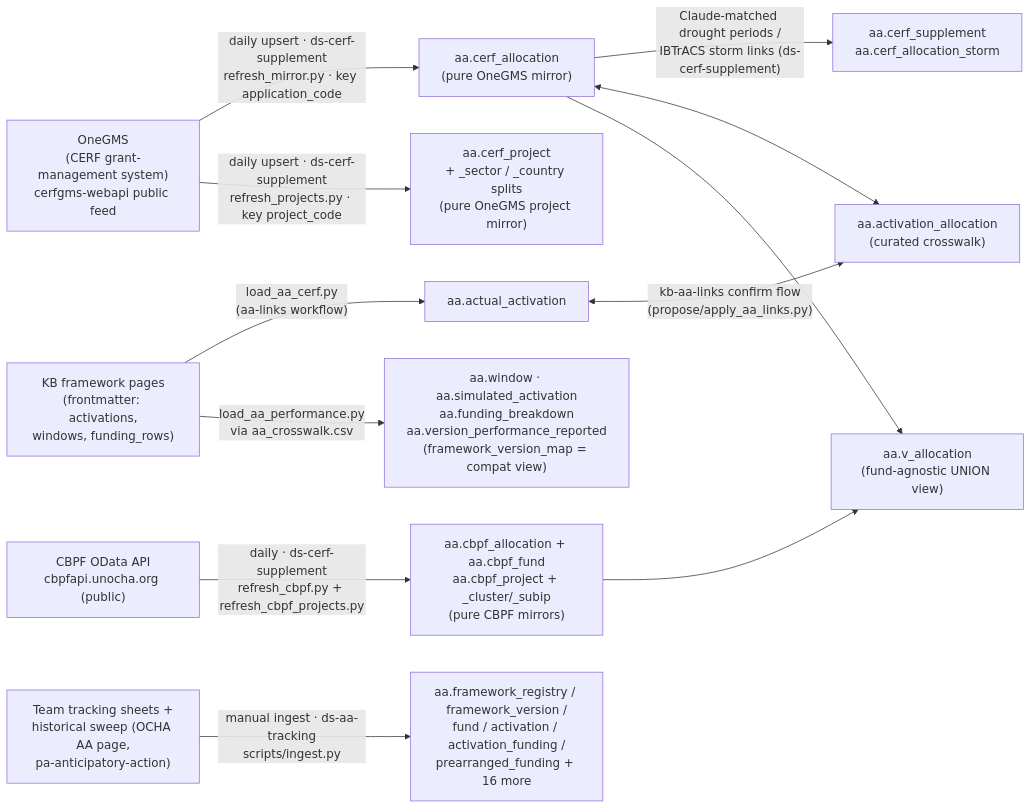
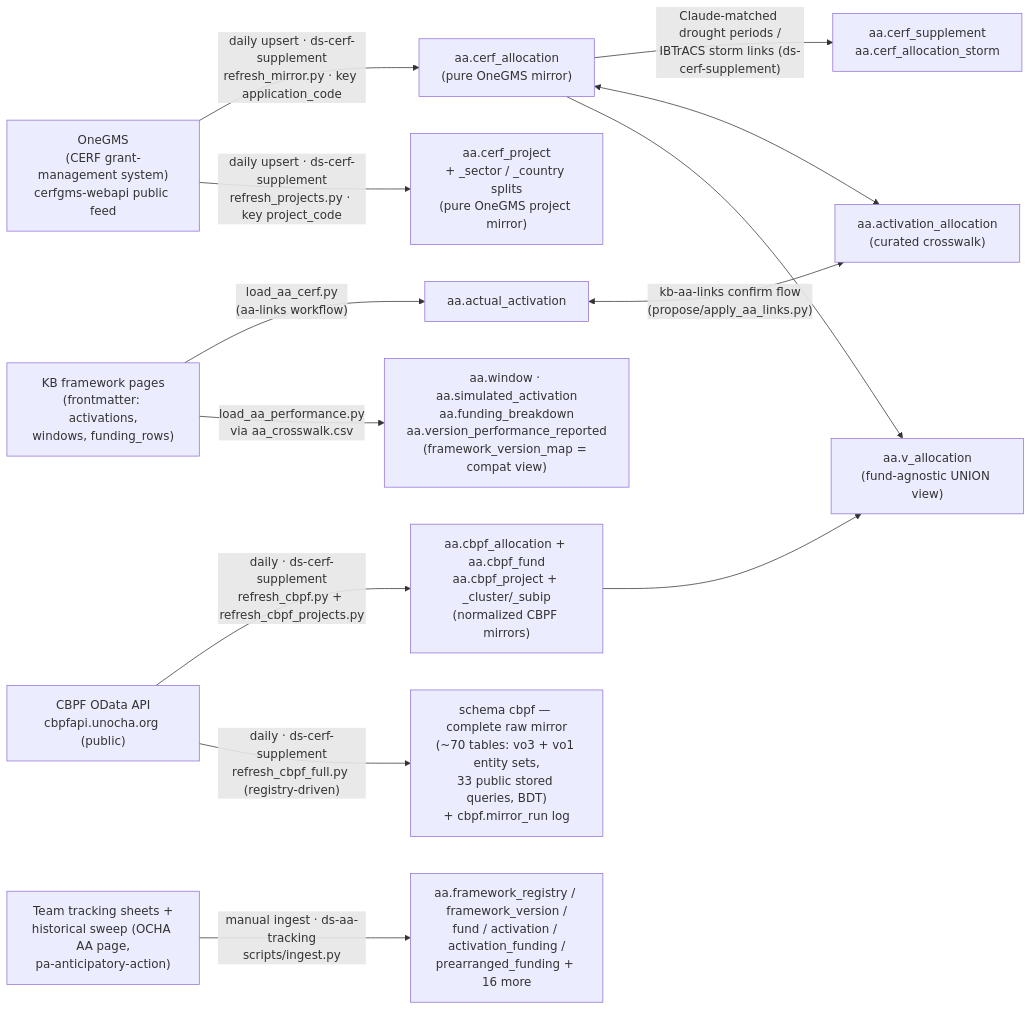
One commit to OCHA-DAP/ds-knowledge-base changed the first of 3 diagrams in infrastructure/db-erd.md. Above: the diagram before and after it, drawn with Mermaid. The commit also changed other lines of this file and 2 other files, not shown here.

Commit message:
cbpf-odata + cerf-supplement: complete raw CBPF-API mirror (schema cbpf) and ERD page
ds-cerf-supplement PR #128 mirrors everything public on cbpfapi.unocha.org
(vo3 + vo1 entity sets, 33 public stored queries, Beneficiary Data Tool) into
dev schema cbpf via a registry-driven daily workflow, and publishes the mirror's
ERD at /mirror/. Records the API behaviour verified live on 2026-09-18 (CSV vs
JSON columns, blank-fund + ShowAllPooledFunds=1 whole-portfolio trick, error
shapes, dead endpoints) and adds the new writer edge to the db-erd provenance
diagram.

````diff
--- a/infrastructure/db-erd.md
+++ b/infrastructure/db-erd.md
@@ -35,18 +35,19 @@
 ```mermaid
 flowchart LR
     onegms["OneGMS<br/>(CERF grant-management system)<br/>cerfgms-webapi public feed"]
     kb["KB framework pages<br/>(frontmatter: activations,<br/>windows, funding_rows)"]
     onegms -->|"daily upsert · ds-cerf-supplement<br/>refresh_mirror.py · key application_code"| mirror["aa.cerf_allocation<br/>(pure OneGMS mirror)"]
     onegms -->|"daily upsert · ds-cerf-supplement<br/>refresh_projects.py · key project_code"| projmirror["aa.cerf_project<br/>+ _sector / _country splits<br/>(pure OneGMS project mirror)"]
     mirror -->|"Claude-matched drought periods /<br/>IBTrACS storm links (ds-cerf-supplement)"| supp["aa.cerf_supplement<br/>aa.cerf_allocation_storm"]
     kb -->|"load_aa_cerf.py<br/>(aa-links workflow)"| act["aa.actual_activation"]
     kb -->|"load_aa_performance.py<br/>via aa_crosswalk.csv"| perf["aa.window · aa.simulated_activation<br/>aa.funding_breakdown<br/>aa.version_performance_reported<br/>(framework_version_map = compat view)"]
     act <-->|"kb-aa-links confirm flow<br/>(propose/apply_aa_links.py)"| xwalk["aa.activation_allocation<br/>(curated crosswalk)"]
     mirror <--> xwalk
     cbpfapi["CBPF OData API<br/>cbpfapi.unocha.org (public)"]
-    cbpfapi -->|"daily · ds-cerf-supplement<br/>refresh_cbpf.py + refresh_cbpf_projects.py"| cbpf["aa.cbpf_allocation + aa.cbpf_fund<br/>aa.cbpf_project + _cluster/_subip<br/>(pure CBPF mirrors)"]
+    cbpfapi -->|"daily · ds-cerf-supplement<br/>refresh_cbpf.py + refresh_cbpf_projects.py"| cbpf["aa.cbpf_allocation + aa.cbpf_fund<br/>aa.cbpf_project + _cluster/_subip<br/>(normalized CBPF mirrors)"]
+    cbpfapi -->|"daily · ds-cerf-supplement<br/>refresh_cbpf_full.py (registry-driven)"| cbpfraw["schema cbpf — complete raw mirror<br/>(~70 tables: vo3 + vo1 entity sets,<br/>33 public stored queries, BDT)<br/>+ cbpf.mirror_run log"]
     mirror --> valloc["aa.v_allocation<br/>(fund-agnostic UNION view)"]
     cbpf --> valloc
     sheets["Team tracking sheets +<br/>historical sweep (OCHA AA page,<br/>pa-anticipatory-action)"]
     sheets -->|"manual ingest · ds-aa-tracking<br/>scripts/ingest.py"| trk["aa.framework_registry / framework_version /<br/>fund / activation / activation_funding /<br/>prearranged_funding + 16 more"]
 ```
````
